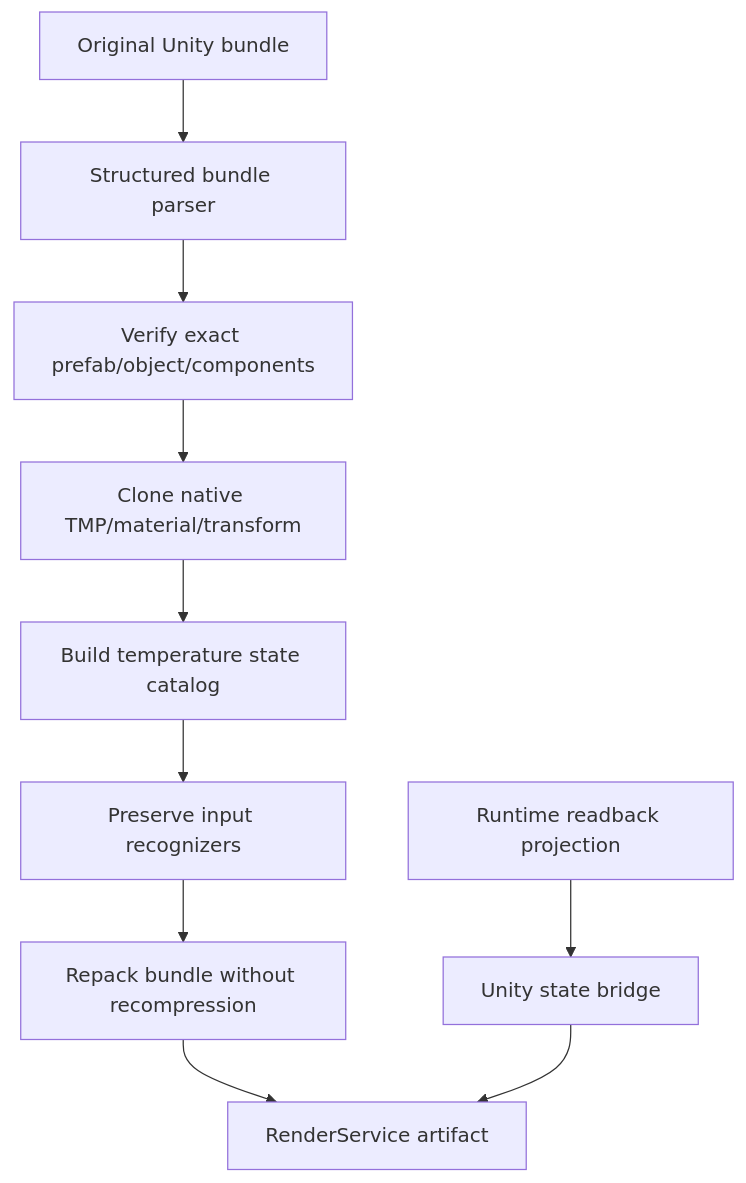
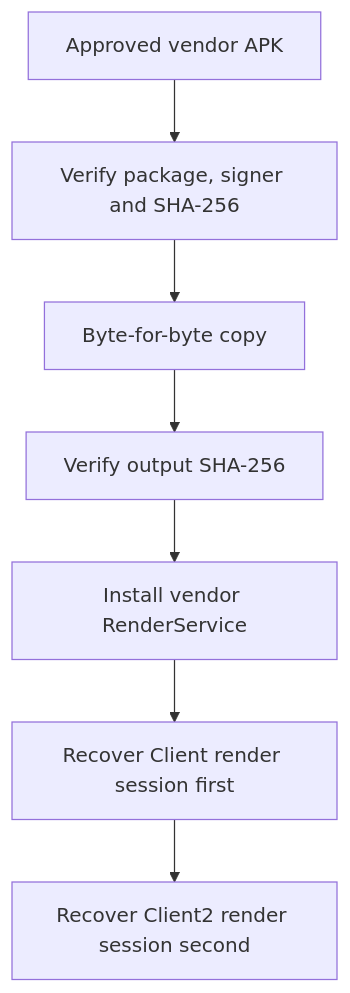
The second of 2 diagrams in docs/modules/14-renderservice-unity.md (LucasWEIchen/CougarOS), drawn with Mermaid before and after one commit. The commit also changed other lines of this file and 17 other files, not shown here.

Commit message:
fix(android): restore vendor cockpit render architecture

````diff
--- a/docs/modules/14-renderservice-unity.md
+++ b/docs/modules/14-renderservice-unity.md
@@ -93,12 +125,9 @@
 ```mermaid
 flowchart TD
-    B["Original Unity bundle"] --> P["Structured bundle parser"]
-    P --> V["Verify exact prefab/object/components"]
-    V --> C["Clone native TMP/material/transform"]
-    C --> T["Build temperature state catalog"]
-    T --> I["Preserve input recognizers"]
-    I --> O["Repack bundle without recompression"]
-    O --> A["RenderService artifact"]
-    R["Runtime readback projection"] --> U["Unity state bridge"]
-    U --> A
+    S["Approved vendor APK"] --> H["Verify package, signer and SHA-256"]
+    H --> C["Byte-for-byte copy"]
+    C --> O["Verify output SHA-256"]
+    O --> I["Install vendor RenderService"]
+    I --> C1["Recover Client render session first"]
+    C1 --> C2["Recover Client2 render session second"]
 ```
````
